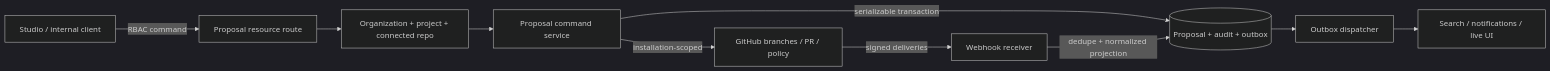
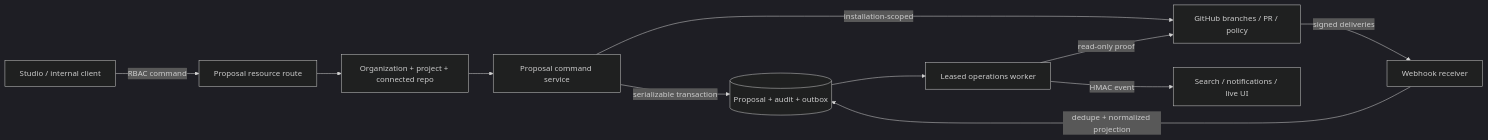
One commit to ahamdjin/Flowcordia changed the diagram in flowcordia/architecture/proposal-control-plane.md. Above: the diagram before and after it, drawn with Mermaid (dark theme). The commit also changed other lines of this file and 31 other files, not shown here.

First line of the commit message:
Add resilient Flowcordia proposal operations worker

````diff
--- a/flowcordia/architecture/proposal-control-plane.md
+++ b/flowcordia/architecture/proposal-control-plane.md
@@ -7,12 +7,13 @@
 ```mermaid
 flowchart LR
   UI[Studio / internal client] -->|RBAC command| API[Proposal resource route]
   API --> Scope[Organization + project + connected repo]
   Scope --> Saga[Proposal command service]
   Saga -->|serializable transaction| DB[(Proposal + audit + outbox)]
   Saga -->|installation-scoped| GH[GitHub branches / PR / policy]
   GH -->|signed deliveries| Hook[Webhook receiver]
   Hook -->|dedupe + normalized projection| DB
-  DB --> Worker[Outbox dispatcher]
-  Worker --> Consumers[Search / notifications / live UI]
+  DB --> Worker[Leased operations worker]
+  Worker -->|HMAC event| Consumers[Search / notifications / live UI]
+  Worker -->|read-only proof| GH
 ```
````
